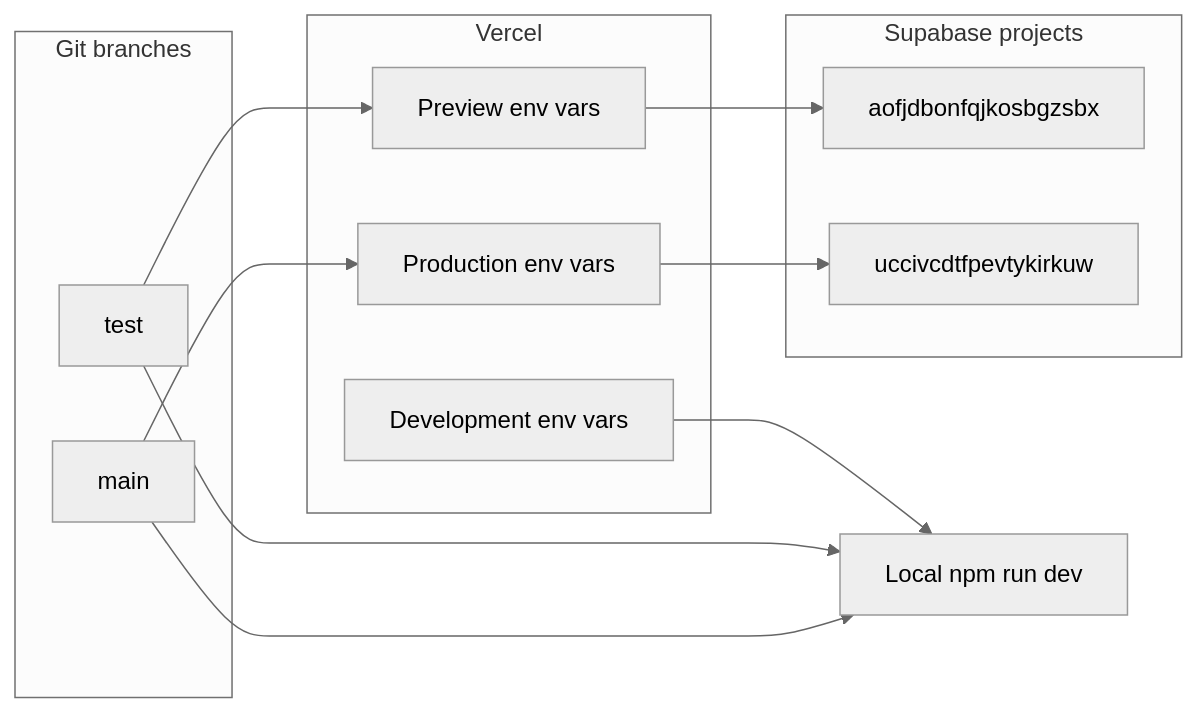
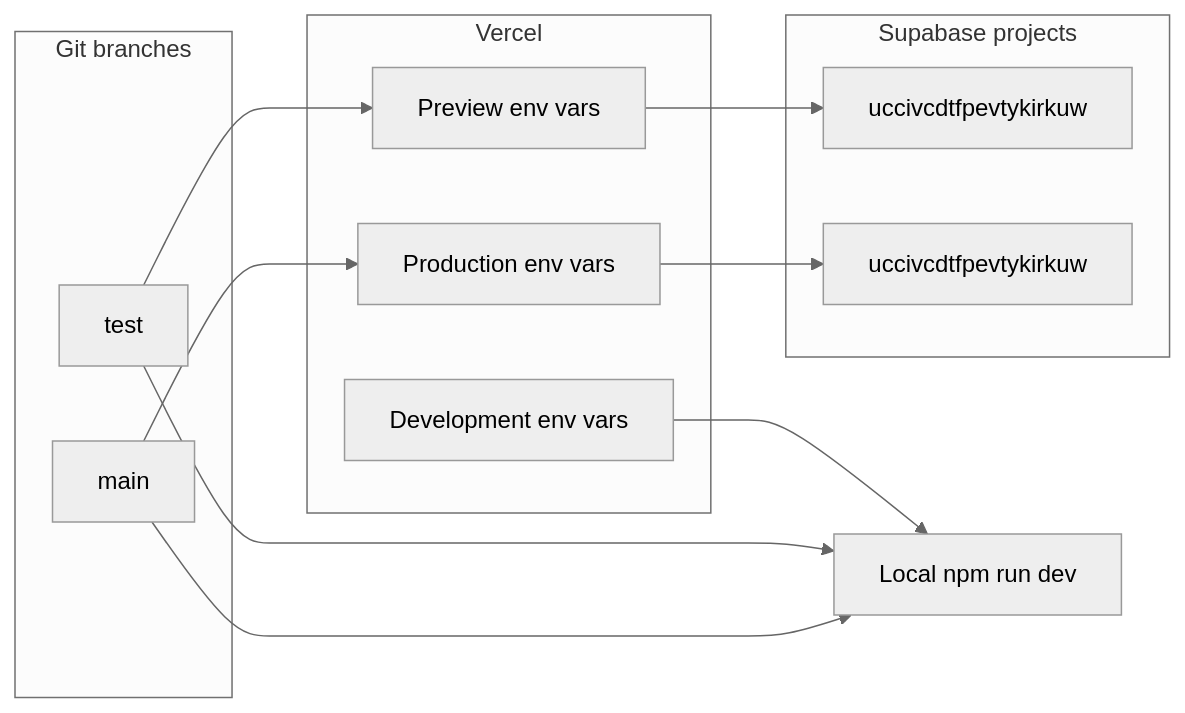
Before and after one commit to SOLON-Agency/jobboard: the diagram in docs/ENVIRONMENTS.md, drawn with Mermaid (neutral theme). The commit also changed other lines of this file and 97 other files, not shown here.

````diff
--- a/docs/ENVIRONMENTS.md
+++ b/docs/ENVIRONMENTS.md
@@ -15,21 +15,21 @@
 ```mermaid
 flowchart LR
   subgraph git [Git branches]
     testBranch[test]
     mainBranch[main]
   end
   subgraph vercel [Vercel]
     previewEnv[Preview env vars]
     prodEnv[Production env vars]
     devEnv[Development env vars]
   end
   subgraph supabase [Supabase projects]
-    testDb[aofjdbonfqjkosbgzsbx]
+    testDb[uccivcdtfpevtykirkuw]
     prodDb[uccivcdtfpevtykirkuw]
   end
   testBranch --> previewEnv --> testDb
   mainBranch --> prodEnv --> prodDb
   devEnv --> localDev[Local npm run dev]
   testBranch --> localDev
   mainBranch --> localDev
 ```
````
